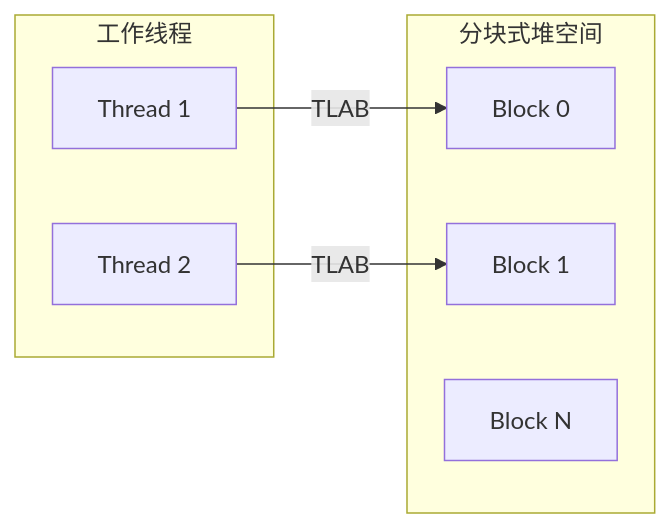
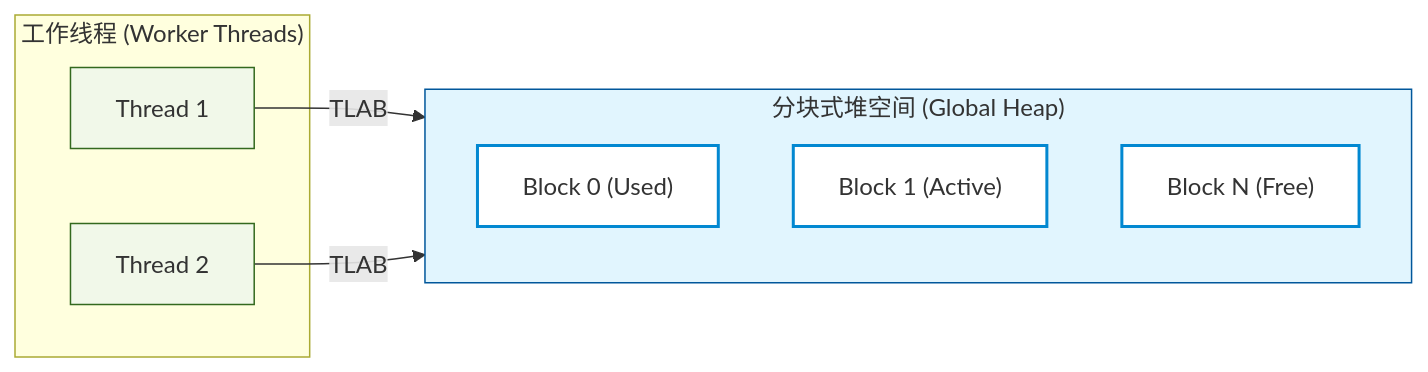
The sixth of 6 diagrams in readme.md (nyar-vm/nyar-vm), drawn with Mermaid before and after one commit. The commit also changed other lines of this file and 2 other files, not shown here.

````diff
--- a/readme.md
+++ b/readme.md
@@ -113,13 +128,20 @@
 ```mermaid
 graph LR
-    subgraph GC_Heap ["分块式堆空间"]
-        Block1[Block 0]
-        Block2[Block 1]
-        BlockN[Block N]
+    classDef heap fill:#e1f5fe,stroke:#01579b;
+    classDef thread fill:#f1f8e9,stroke:#33691e;
+    classDef block fill:#ffffff,stroke:#0288d1,stroke-width:2px;
+
+    subgraph GC_Heap ["分块式堆空间 (Global Heap)"]
+        direction TB
+        Block1["Block 0 (Used)"]:::block
+        Block2["Block 1 (Active)"]:::block
+        BlockN["Block N (Free)"]:::block
     end
     
-    subgraph Threads ["工作线程"]
-        T1[Thread 1] -->|TLAB| Block1
-        T2[Thread 2] -->|TLAB| Block2
+    subgraph Threads ["工作线程 (Worker Threads)"]
+        T1["Thread 1"]:::thread -->|TLAB| Block1
+        T2["Thread 2"]:::thread -->|TLAB| Block2
     end
+
+    class GC_Heap heap
 ```
````
